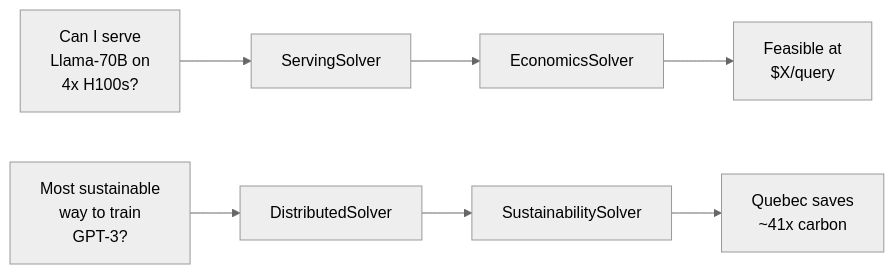
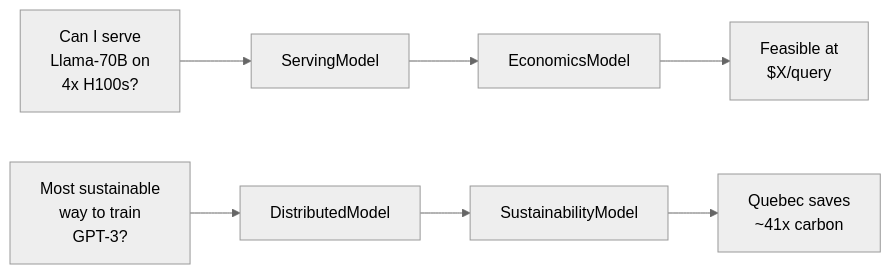
One commit to harvard-edge/cs249r_book changed the second of 2 diagrams in mlsysim/docs/whitepaper.qmd. Above: the diagram before and after it, drawn with Mermaid. The commit also changed other lines of this file and 30 other files, not shown here.

````diff
--- a/mlsysim/docs/whitepaper.qmd
+++ b/mlsysim/docs/whitepaper.qmd
@@ -259,13 +259,13 @@
 ```{mermaid}
 %%{init: {'theme': 'neutral'}}%%
 %%| fig-cap: "Solver composition for compound questions. Each solver's output feeds the next, enabling multi-dimensional analysis."
 %%| fig-width: 100%
 flowchart LR
-    Q1["Can I serve<br/>Llama-70B on<br/>4x H100s?"] --> S1["ServingSolver"]
-    S1 --> S2["EconomicsSolver"]
+    Q1["Can I serve<br/>Llama-70B on<br/>4x H100s?"] --> S1["ServingModel"]
+    S1 --> S2["EconomicsModel"]
     S2 --> A1["Feasible at<br/>$X/query"]
 
-    Q2["Most sustainable<br/>way to train<br/>GPT-3?"] --> S3["DistributedSolver"]
-    S3 --> S4["SustainabilitySolver"]
+    Q2["Most sustainable<br/>way to train<br/>GPT-3?"] --> S3["DistributedModel"]
+    S3 --> S4["SustainabilityModel"]
     S4 --> A2["Quebec saves<br/>~41x carbon"]
 ```
````
